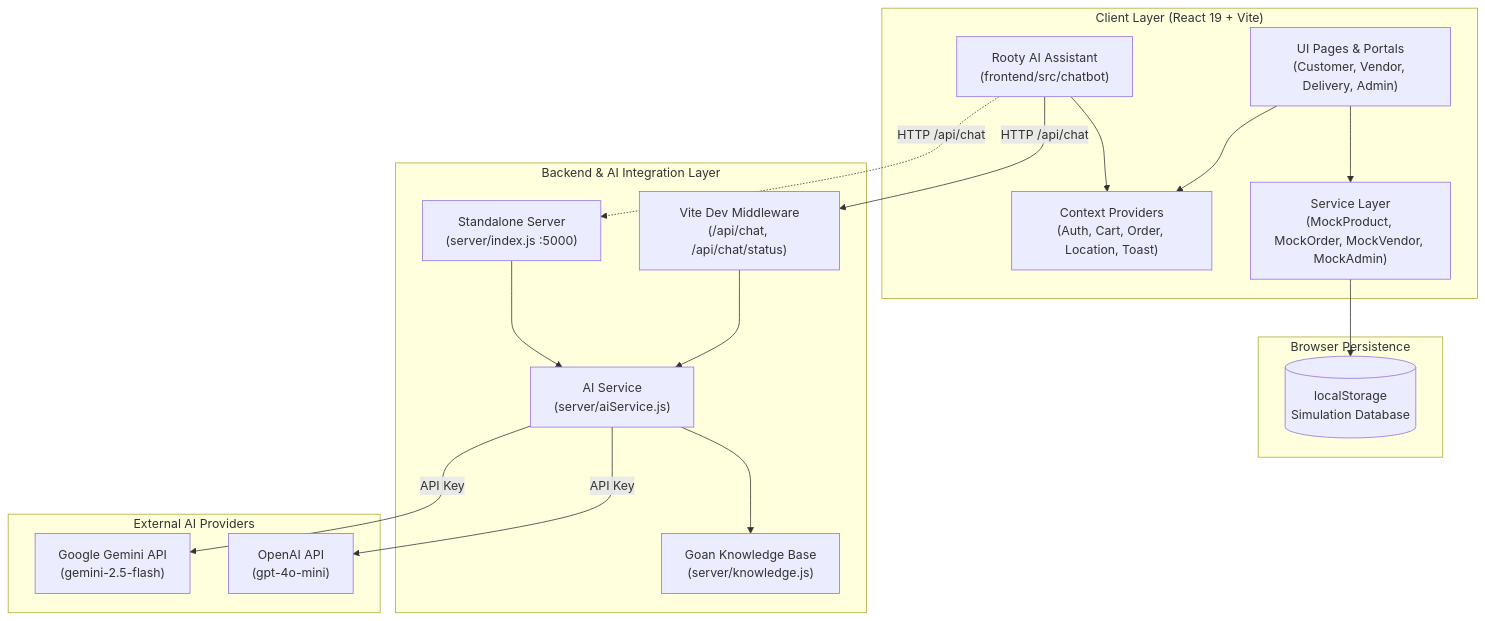
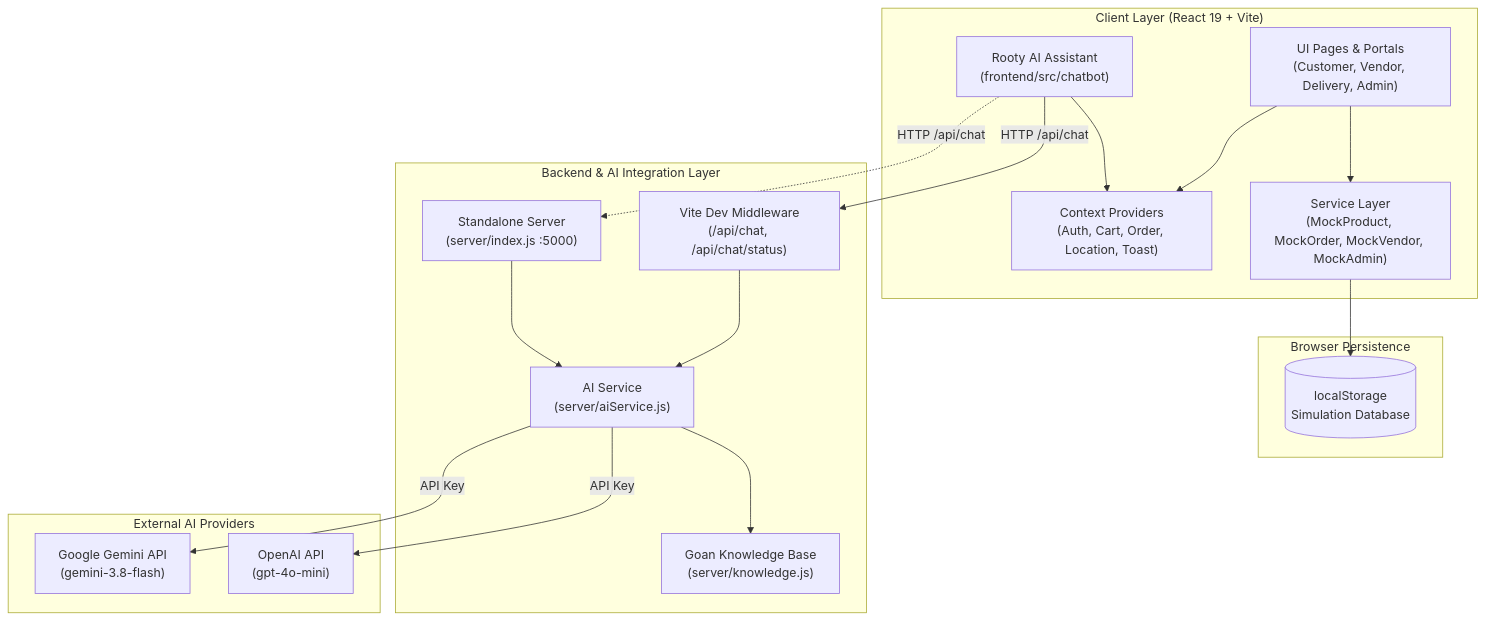
Before and after one commit to anjalichari/ROOTIFY-2: the diagram in project_audit_report.md, drawn with Mermaid. The commit also changed other lines of this file and 7 other files, not shown here.

````diff
--- a/project_audit_report.md
+++ b/project_audit_report.md
@@ -36,37 +36,37 @@
 ```mermaid
 graph TD
     subgraph Client ["Client Layer (React 19 + Vite)"]
         UI["UI Pages & Portals<br/>(Customer, Vendor, Delivery, Admin)"]
         ChatWidget["Rooty AI Assistant<br/>(frontend/src/chatbot)"]
         Providers["Context Providers<br/>(Auth, Cart, Order, Location, Toast)"]
         ServiceLayer["Service Layer<br/>(MockProduct, MockOrder, MockVendor, MockAdmin)"]
     end
 
     subgraph Storage ["Browser Persistence"]
         LS[("localStorage<br/>Simulation Database")]
     end
 
     subgraph Backend ["Backend & AI Integration Layer"]
         VitePlugin["Vite Dev Middleware<br/>(/api/chat, /api/chat/status)"]
         StandaloneServer["Standalone Server<br/>(server/index.js :5000)"]
         AIService["AI Service<br/>(server/aiService.js)"]
         KnowledgeBase["Goan Knowledge Base<br/>(server/knowledge.js)"]
     end
 
     subgraph External ["External AI Providers"]
-        Gemini["Google Gemini API<br/>(gemini-2.5-flash)"]
+        Gemini["Google Gemini API<br/>(gemini-3.8-flash)"]
         OpenAI["OpenAI API<br/>(gpt-4o-mini)"]
     end
 
     UI --> Providers
     UI --> ServiceLayer
     ChatWidget --> Providers
     ChatWidget -->|HTTP /api/chat| VitePlugin
     ChatWidget -.->|HTTP /api/chat| StandaloneServer
     ServiceLayer --> LS
     VitePlugin --> AIService
     StandaloneServer --> AIService
     AIService --> KnowledgeBase
     AIService -->|API Key| Gemini
     AIService -->|API Key| OpenAI
 ```
````
